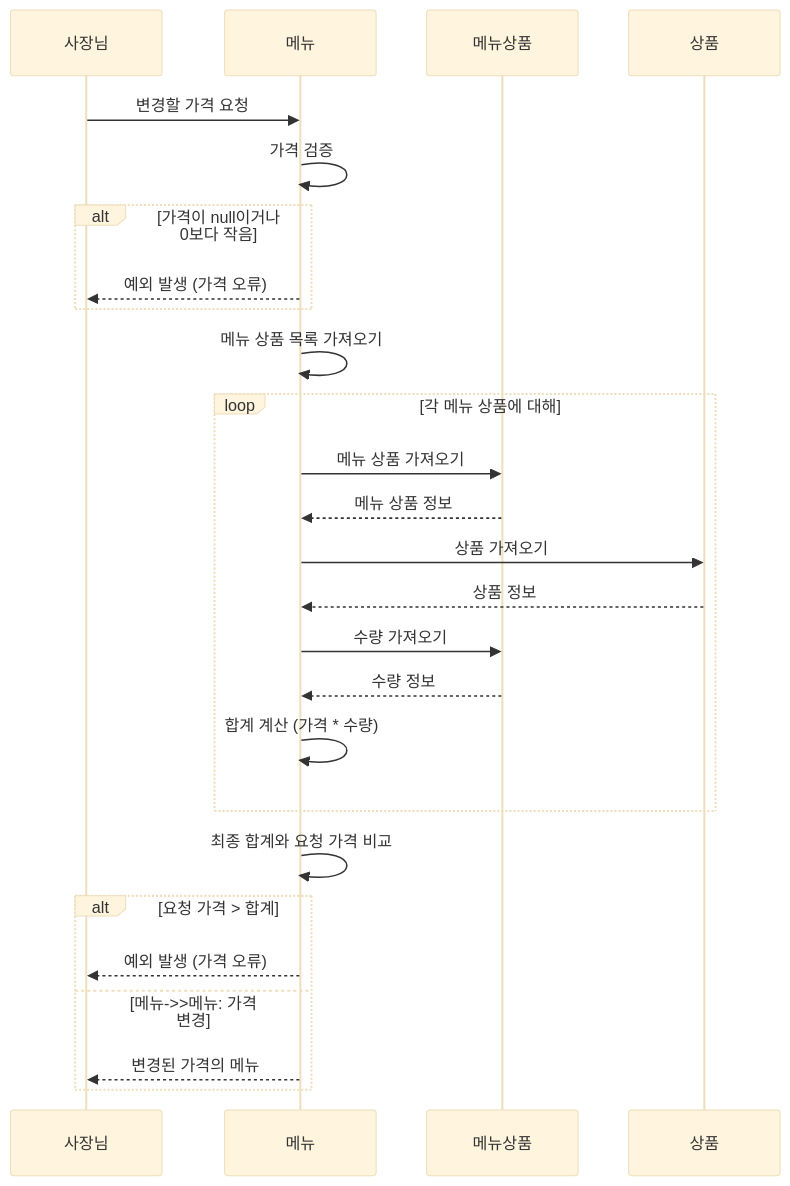
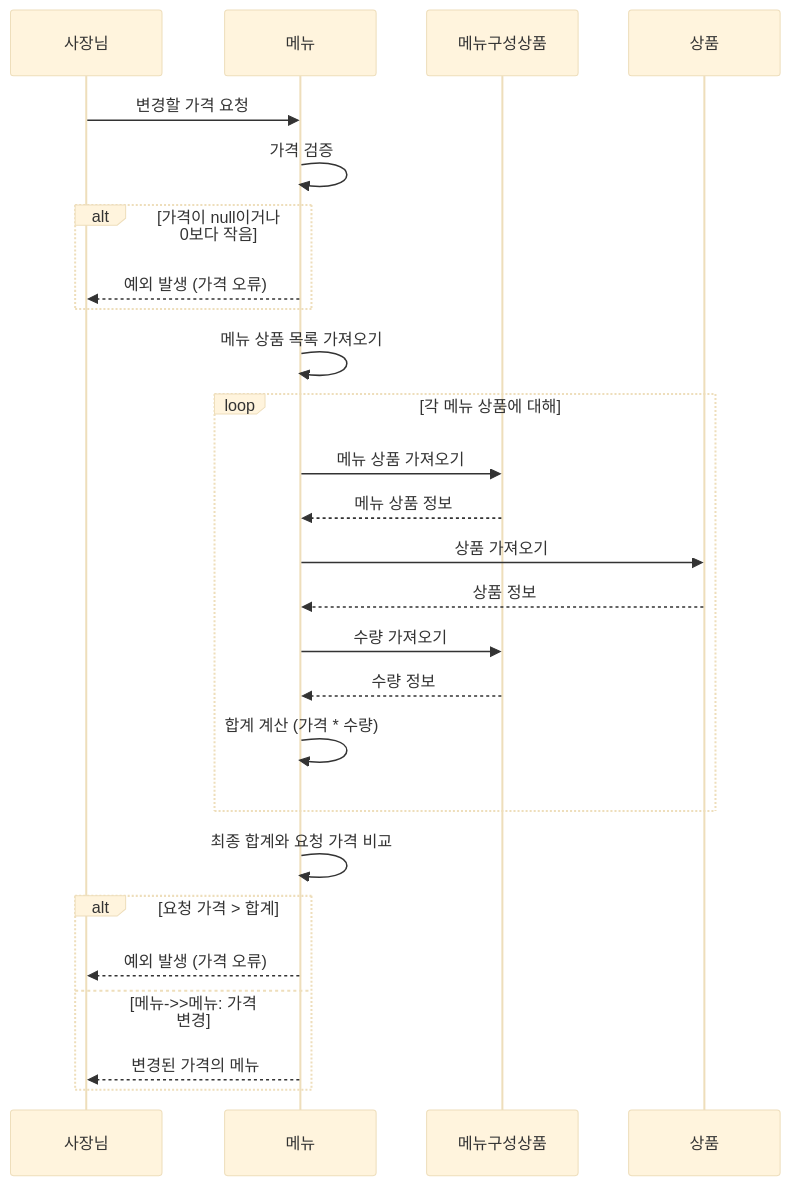
The second of 7 diagrams in README.md (mj950425/ddd-strategic-design), drawn with Mermaid (base theme) before and after one commit. The commit also changed other lines of this file, not shown here.

````diff
--- a/README.md
+++ b/README.md
@@ -330,28 +336,28 @@
 ```mermaid  
 sequenceDiagram
     participant 사장님
     participant 메뉴
-    participant 메뉴상품
+    participant 메뉴구성상품
     participant 상품
     사장님 ->> 메뉴: 변경할 가격 요청
     메뉴 ->> 메뉴: 가격 검증
     alt 가격이 null이거나 0보다 작음
         메뉴 -->> 사장님: 예외 발생 (가격 오류)
     end
     메뉴 ->> 메뉴: 메뉴 상품 목록 가져오기
     loop 각 메뉴 상품에 대해
-        메뉴 ->> 메뉴상품: 메뉴 상품 가져오기
-        메뉴상품 -->> 메뉴: 메뉴 상품 정보
+        메뉴 ->> 메뉴구성상품: 메뉴 상품 가져오기
+        메뉴구성상품 -->> 메뉴: 메뉴 상품 정보
         메뉴 ->> 상품: 상품 가져오기
         상품 -->> 메뉴: 상품 정보
-        메뉴 ->> 메뉴상품: 수량 가져오기
-        메뉴상품 -->> 메뉴: 수량 정보
+        메뉴 ->> 메뉴구성상품: 수량 가져오기
+        메뉴구성상품 -->> 메뉴: 수량 정보
         메뉴 ->> 메뉴: 합계 계산 (가격 * 수량)
     end
     메뉴 ->> 메뉴: 최종 합계와 요청 가격 비교
     alt 요청 가격 > 합계
         메뉴 -->> 사장님: 예외 발생 (가격 오류)
     else 메뉴->>메뉴: 가격 변경
         메뉴 -->> 사장님: 변경된 가격의 메뉴
     end  
 ```  
````
